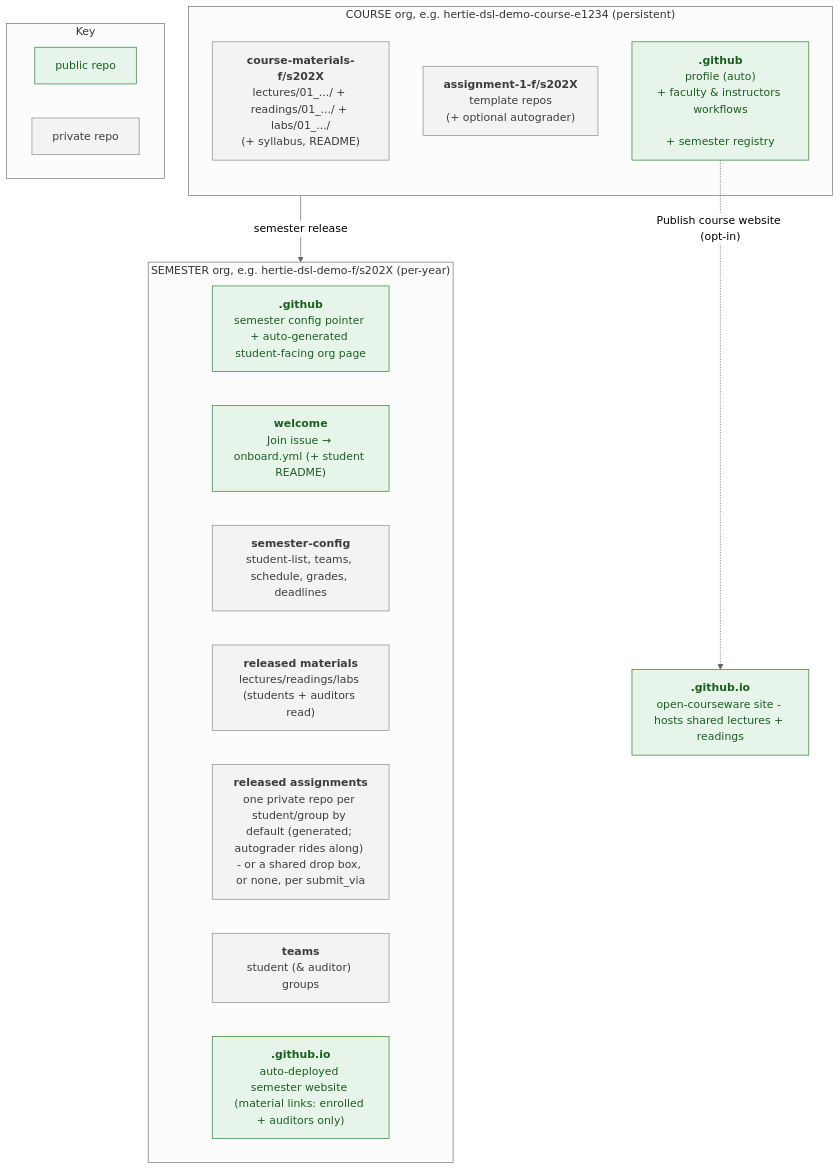
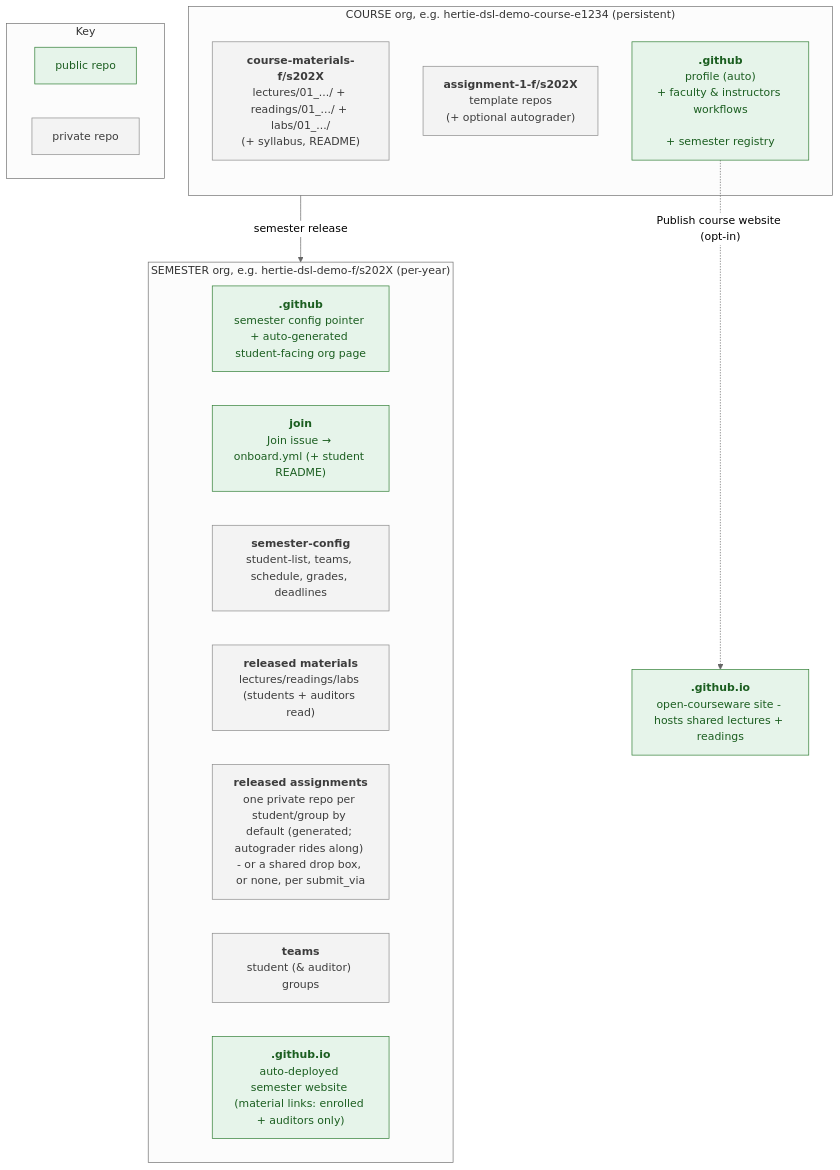
The diagram in README.md (hertie-data-science-lab/dsl-teaching-toolkit), drawn with Mermaid (neutral theme) before and after one commit. The commit also changed 71 other files, not shown here.

Commit message:
refactor(layout): rename the welcome repo to join

````diff
--- a/README.md
+++ b/README.md
@@ -37,63 +37,63 @@
 ```mermaid
 flowchart TB
   subgraph COURSE["COURSE org, e.g. hertie-dsl-demo-course-e1234 (persistent)"]
     mat["`**course-materials-f/s202X**
 
 lectures/01_.../ + readings/01_.../ + labs/01_.../
 
 (+ syllabus, README)`"]
     tmpl["`**assignment-1-f/s202X**
 
 template repos
 
 (+ optional autograder)`"]
     gh["`**.github**
 
 profile (auto)
 
 + faculty & instructors workflows
 
 + semester registry`"]
   end
 
   subgraph SEMESTER["SEMESTER org, e.g. hertie-dsl-demo-f/s202X (per-year)"]
     cgh["`**.github**
 
 semester config pointer + auto-generated student-facing org page`"]
-    welcome["`**welcome**
+    join["`**join**
 
 Join issue → onboard.yml (+ student README)`"]
     cfg["`**semester-config**
 
 student-list, teams, schedule, grades, deadlines`"]
     cmat["`**released materials**
 
 lectures/readings/labs (students + auditors read)`"]
     repos["`**released assignments**
 
 one private repo per student/group by default (generated; autograder rides along) - or a shared drop box, or none, per submit_via`"]
     team["`**teams**
 
 student (& auditor) groups`"]
     site["`**<semester>.github.io**
 
 auto-deployed semester website (material links: enrolled + auditors only)`"]
   end
 
   pub["`**<course-org>.github.io**
 
 open-courseware site - hosts shared lectures + readings`"]
 
   COURSE -->|"semester release"| SEMESTER
   gh -.->|"Publish course website (opt-in)"| pub
 
   subgraph KEY["Key"]
     keypub["public repo"]
     keypriv["private repo"]
   end
 
   classDef public fill:#e6f4ea,stroke:#2e7d32,color:#1b5e20;
   classDef private fill:#f3f3f3,stroke:#8a8a8a,color:#3c3c3c;
-  class gh,cgh,welcome,site,pub,keypub public;
+  class gh,cgh,join,site,pub,keypub public;
   class mat,tmpl,cfg,cmat,repos,team,keypriv private;
 ```
````
